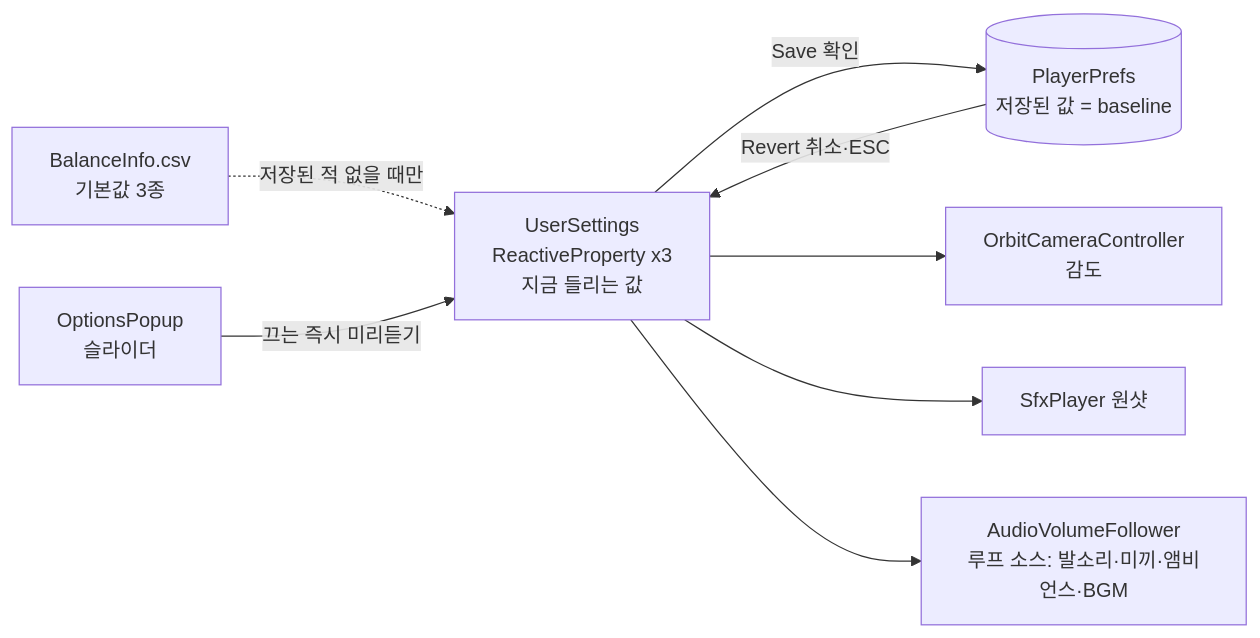
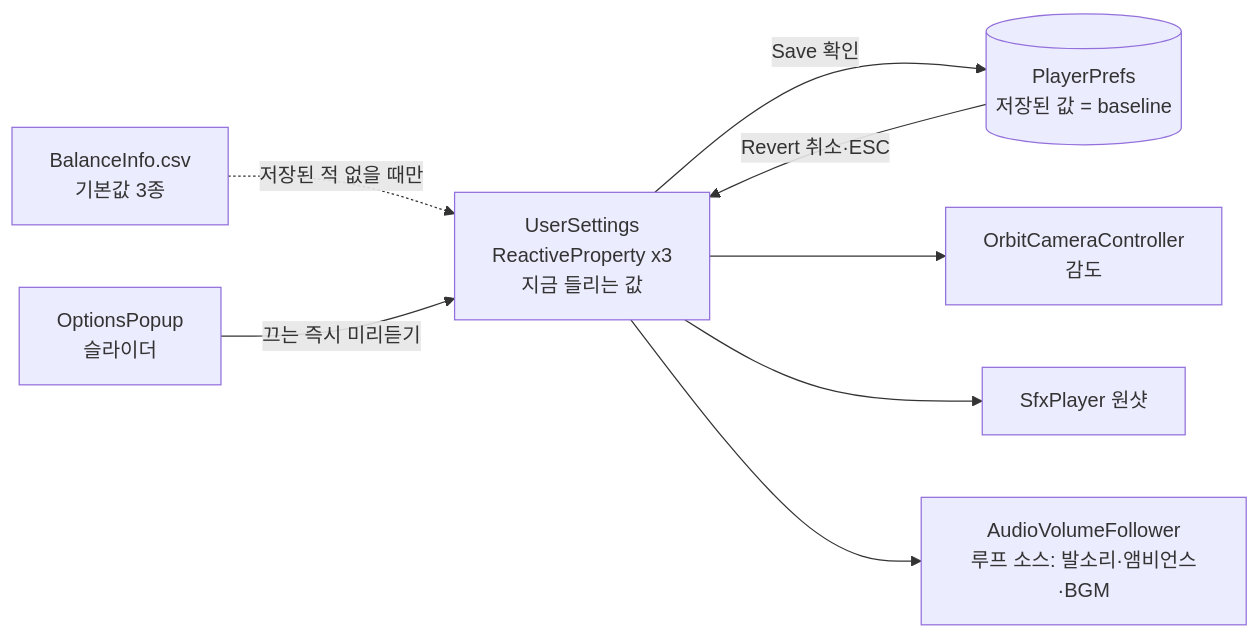
Before and after one commit to JeahanPark/The-Cheese-Thief-and-the-Cat: diagram 15 of 17 in CTC/docs/design-vault/코드 다이어그램.md, drawn with Mermaid. The commit also changed other lines of this file and 55 other files, not shown here.

````diff
--- a/CTC/docs/design-vault/코드 다이어그램.md
+++ b/CTC/docs/design-vault/코드 다이어그램.md
@@ -668,10 +680,10 @@
 ```mermaid
 flowchart LR
     CSVd[BalanceInfo.csv<br/>기본값 3종] -.저장된 적 없을 때만.-> US
     Prefs[(PlayerPrefs<br/>저장된 값 = baseline)] -->|Revert 취소·ESC| US[UserSettings<br/>ReactiveProperty x3<br/>지금 들리는 값]
     US -->|Save 확인| Prefs
     OP[OptionsPopup<br/>슬라이더] -->|끄는 즉시 미리듣기| US
     US --> Cam[OrbitCameraController<br/>감도]
     US --> Sfx[SfxPlayer 원샷]
-    US --> Foll[AudioVolumeFollower<br/>루프 소스: 발소리·미끼·앰비언스·BGM]
+    US --> Foll[AudioVolumeFollower<br/>루프 소스: 발소리·앰비언스·BGM]
 ```
````
